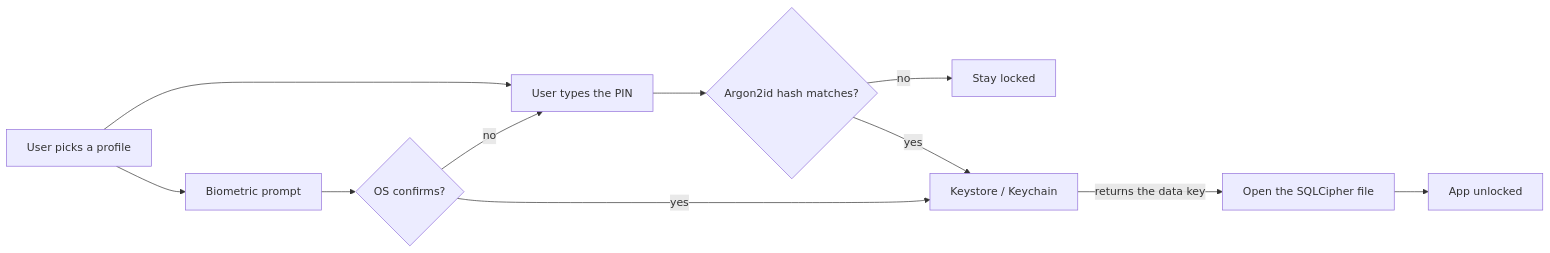
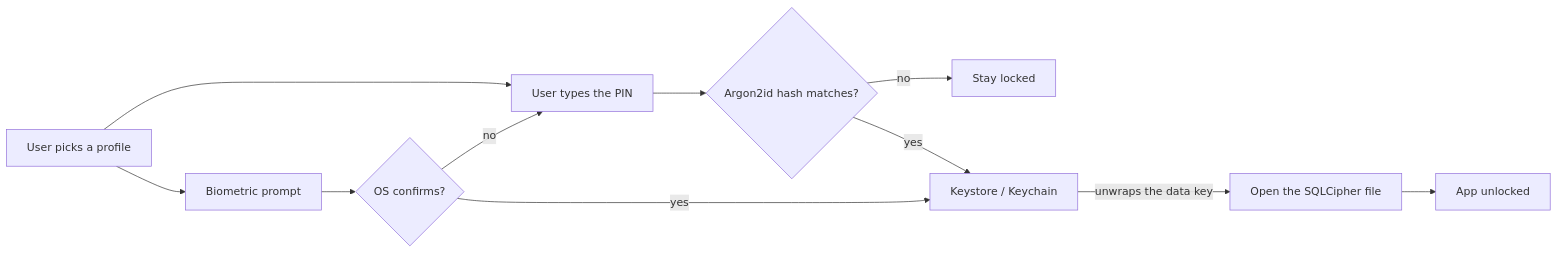
One commit to kraftartz/friendO changed the third of 3 diagrams in docs/architecture.md. Above: the diagram before and after it, drawn with Mermaid. The commit also changed other lines of this file and 22 other files, not shown here.

First line of the commit message:
docs: record the eleven decisions the architecture review asked for

````diff
--- a/docs/architecture.md
+++ b/docs/architecture.md
@@ -134,13 +147,13 @@
 ```mermaid
 graph LR
     PROF["User picks a profile"] --> PIN["User types the PIN"]
     PROF --> BIO["Biometric prompt"]
     PIN --> CHECK{"Argon2id hash matches?"}
     BIO --> CHECK2{"OS confirms?"}
     CHECK2 -->|"no"| PIN
     CHECK2 -->|"yes"| KS
     CHECK -->|"no"| LOCK["Stay locked"]
     CHECK -->|"yes"| KS["Keystore / Keychain"]
-    KS -->|"returns the data key"| OPEN["Open the SQLCipher file"]
+    KS -->|"unwraps the data key"| OPEN["Open the SQLCipher file"]
     OPEN --> APP["App unlocked"]
 ```
````
